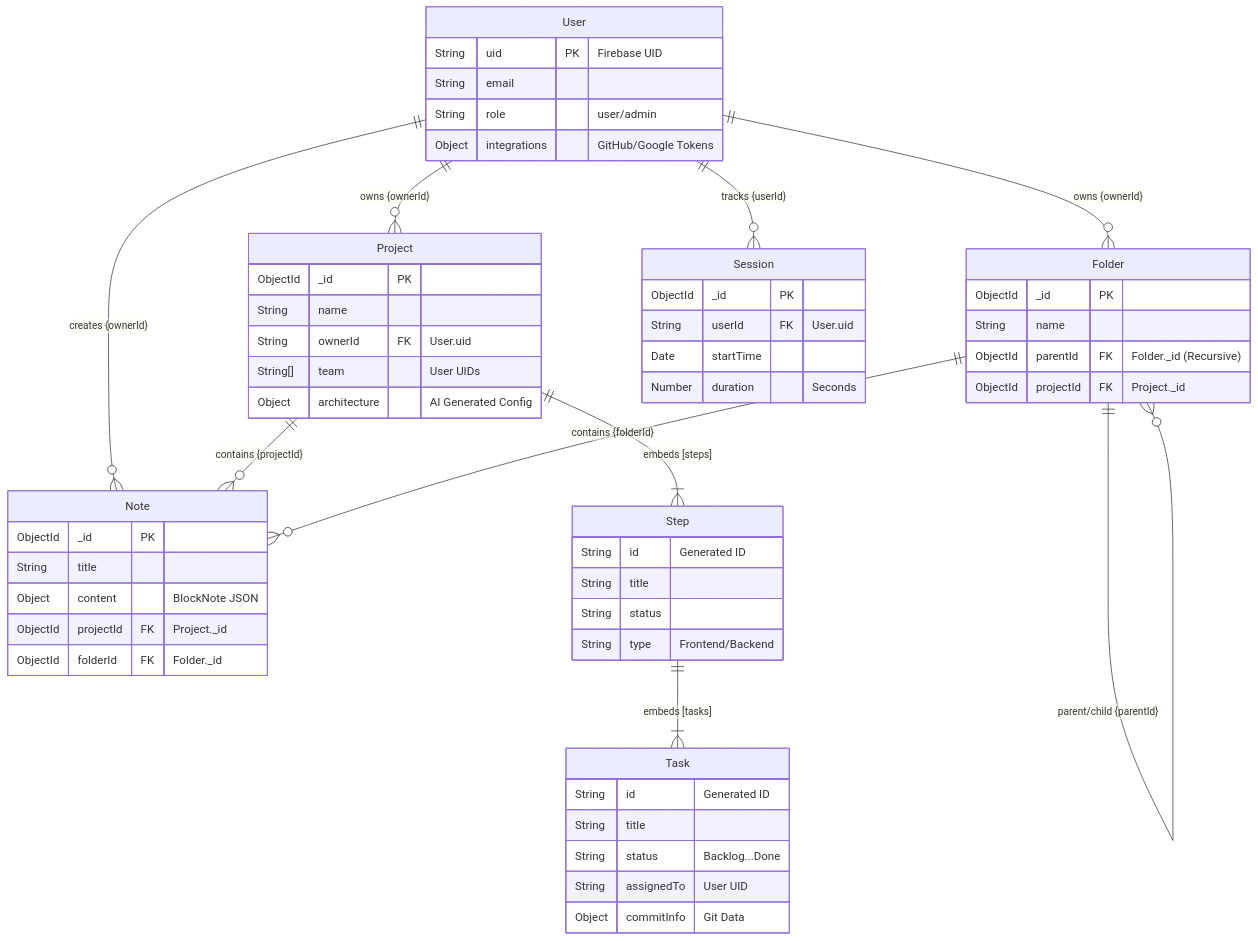
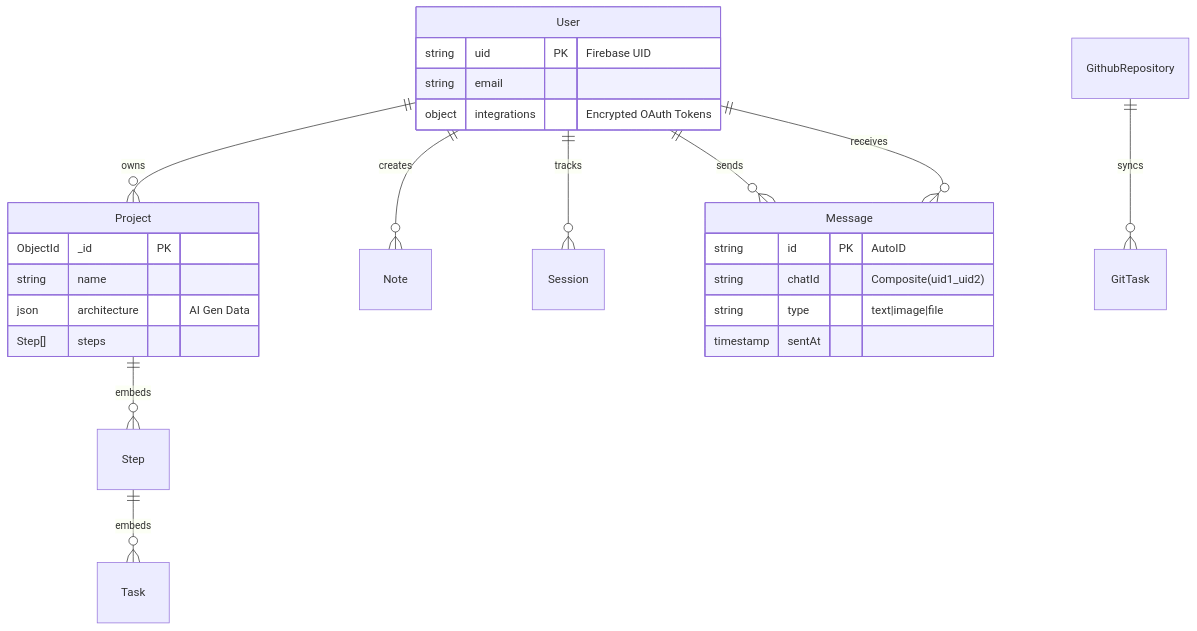
The diagram in ERD.md (zync-meet/Zync), drawn with Mermaid before and after one commit. The commit also changed other lines of this file, not shown here.

Commit message:
docs: Update ERD with Firestore (Chat) and Redis (Session) Schemas

````diff
--- a/ERD.md
+++ b/ERD.md
@@ -8,70 +8,38 @@
 ```mermaid
 erDiagram
-    %% CORE IDENTITIES
-    User ||--o{ Project : "owns {ownerId}"
-    User ||--o{ Folder : "owns {ownerId}"
-    User ||--o{ Note : "creates {ownerId}"
-    User ||--o{ Session : "tracks {userId}"
-
-    %% PROJECT HIERARCHY (Embedded Documents)
-    Project ||--|{ Step : "embeds [steps]"
-    Step ||--|{ Task : "embeds [tasks]"
-
-    %% DOCUMENT ORGANIZATION
-    Project ||--o{ Note : "contains {projectId}"
-    Folder ||--o{ Folder : "parent/child {parentId}"
-    Folder ||--o{ Note : "contains {folderId}"
-
+    %% MONGOOSE (Core App)
+    User ||--o{ Project : "owns"
+    User ||--o{ Note : "creates"
+    User ||--o{ Session : "tracks"
+    
+    Project ||--o{ Step : "embeds"
+    Step ||--o{ Task : "embeds"
+    
+    %% PRISMA (Git Sync Engine)
+    GithubRepository ||--o{ GitTask : "syncs"
+    
+    %% FIRESTORE (Real-time Chat)
+    User ||--o{ Message : "sends"
+    User ||--o{ Message : "receives"
+    
     %% DEFINITIONS
     User {
-        String uid PK "Firebase UID"
-        String email
-        String role "user/admin"
-        Object integrations "GitHub/Google Tokens"
+        string uid PK "Firebase UID"
+        string email
+        object integrations "Encrypted OAuth Tokens"
     }
-
+    
     Project {
         ObjectId _id PK
-        String name
-        String ownerId FK "User.uid"
-        String[] team "User UIDs"
-        Object architecture "AI Generated Config"
+        string name
+        json architecture "AI Gen Data"
+        Step[] steps
     }
-
-    Step {
-        String id "Generated ID"
-        String title
-        String status
-        String type "Frontend/Backend"
-    }
-
-    Task {
-        String id "Generated ID"
-        String title
-        String status "Backlog...Done"
-        String assignedTo "User UID"
-        Object commitInfo "Git Data"
-    }
-
-    Note {
-        ObjectId _id PK
-        String title
-        Object content "BlockNote JSON"
-        ObjectId projectId FK "Project._id"
-        ObjectId folderId FK "Folder._id"
-    }
-
-    Folder {
-        ObjectId _id PK
-        String name
-        ObjectId parentId FK "Folder._id (Recursive)"
-        ObjectId projectId FK "Project._id"
-    }
-
-    Session {
-        ObjectId _id PK
-        String userId FK "User.uid"
-        Date startTime
-        Number duration "Seconds"
+    
+    Message {
+        string id PK "AutoID"
+        string chatId "Composite(uid1_uid2)"
+        string type "text|image|file"
+        timestamp sentAt
     }
 ```
````
